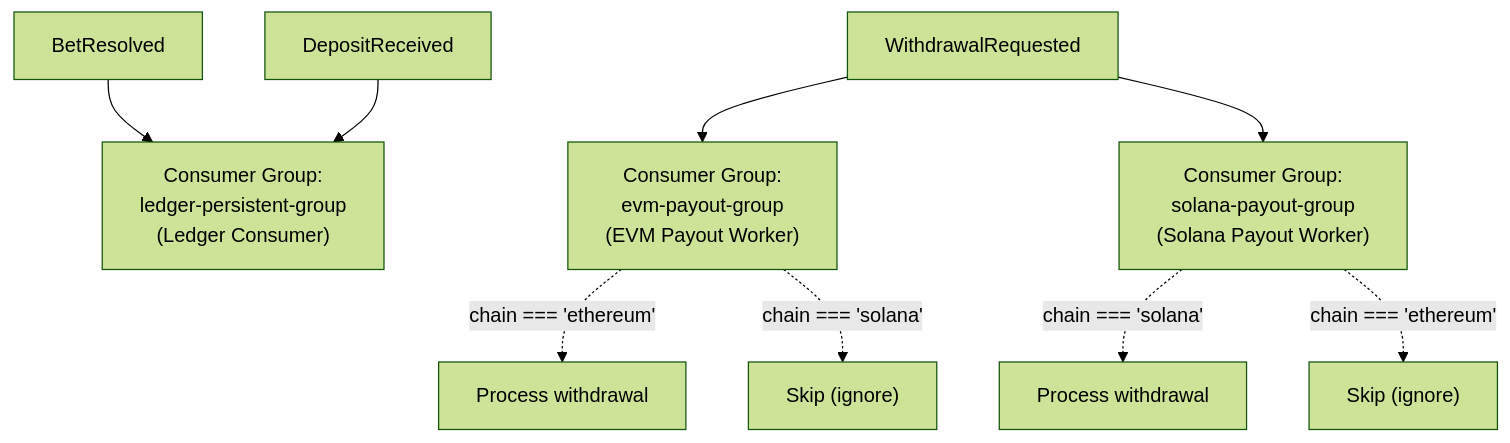
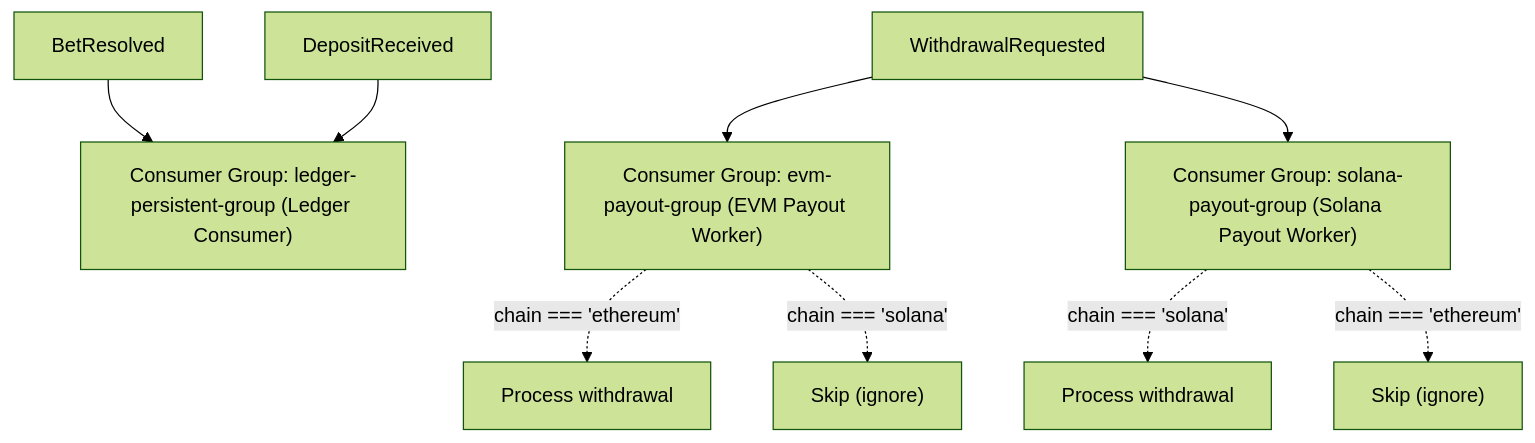
One commit to Fennzo/DiceTilt changed the second of 3 diagrams in documentation/kafka-event-topology.md. Above: the diagram before and after it, drawn with Mermaid (forest theme). The commit also changed other lines of this file and 16 other files, not shown here.

````diff
--- a/documentation/kafka-event-topology.md
+++ b/documentation/kafka-event-topology.md
@@ -181,17 +181,17 @@
 ```mermaid
 flowchart TD
     BRTopic["BetResolved"]
     DRTopic["DepositReceived"]
 
-    BRTopic --> LCGroup["Consumer Group:\nledger-persistent-group\n(Ledger Consumer)"]
+    BRTopic --> LCGroup["Consumer Group: ledger-persistent-group (Ledger Consumer)"]
     DRTopic --> LCGroup
 
-    WRTopic["WithdrawalRequested"] --> EVMGroup["Consumer Group:\nevm-payout-group\n(EVM Payout Worker)"]
-    WRTopic --> SolGroup["Consumer Group:\nsolana-payout-group\n(Solana Payout Worker)"]
+    WRTopic["WithdrawalRequested"] --> EVMGroup["Consumer Group: evm-payout-group (EVM Payout Worker)"]
+    WRTopic --> SolGroup["Consumer Group: solana-payout-group (Solana Payout Worker)"]
 
     EVMGroup -. "chain === 'ethereum'" .-> EVMProcess["Process withdrawal"]
     EVMGroup -. "chain === 'solana'" .-> EVMSkip["Skip (ignore)"]
 
     SolGroup -. "chain === 'solana'" .-> SolProcess["Process withdrawal"]
     SolGroup -. "chain === 'ethereum'" .-> SolSkip["Skip (ignore)"]
 ```
````
